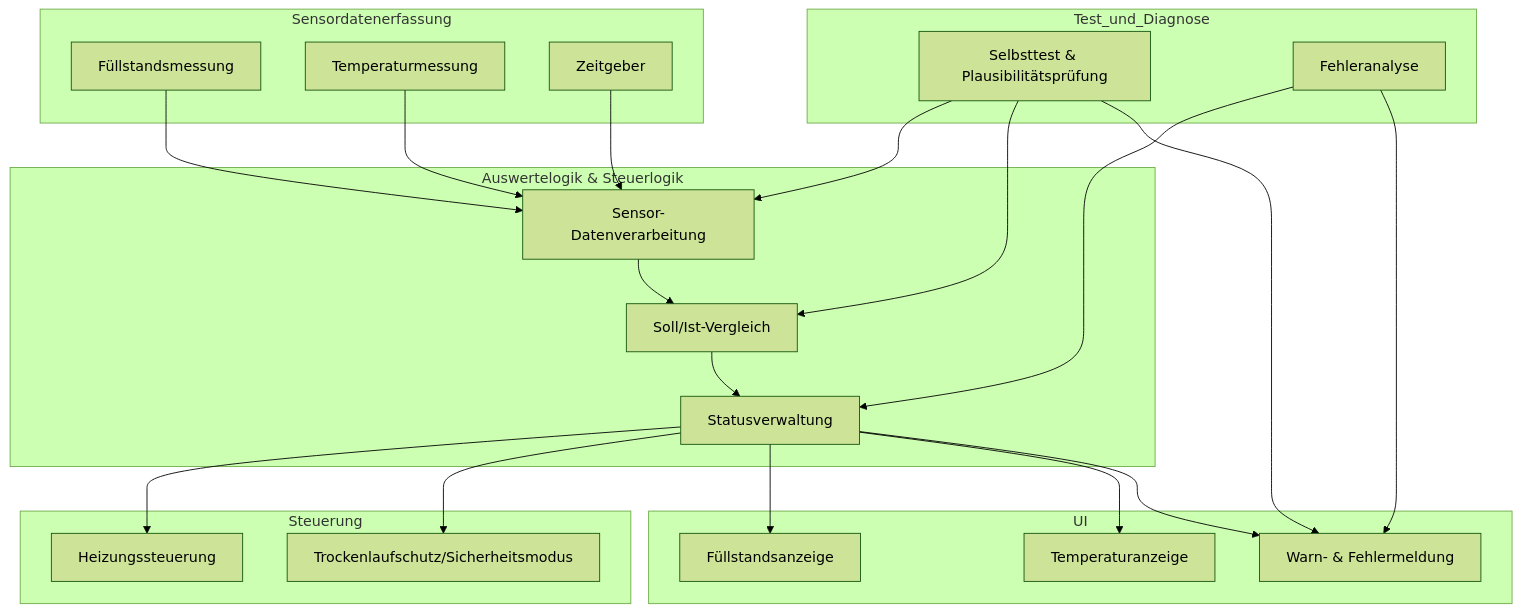
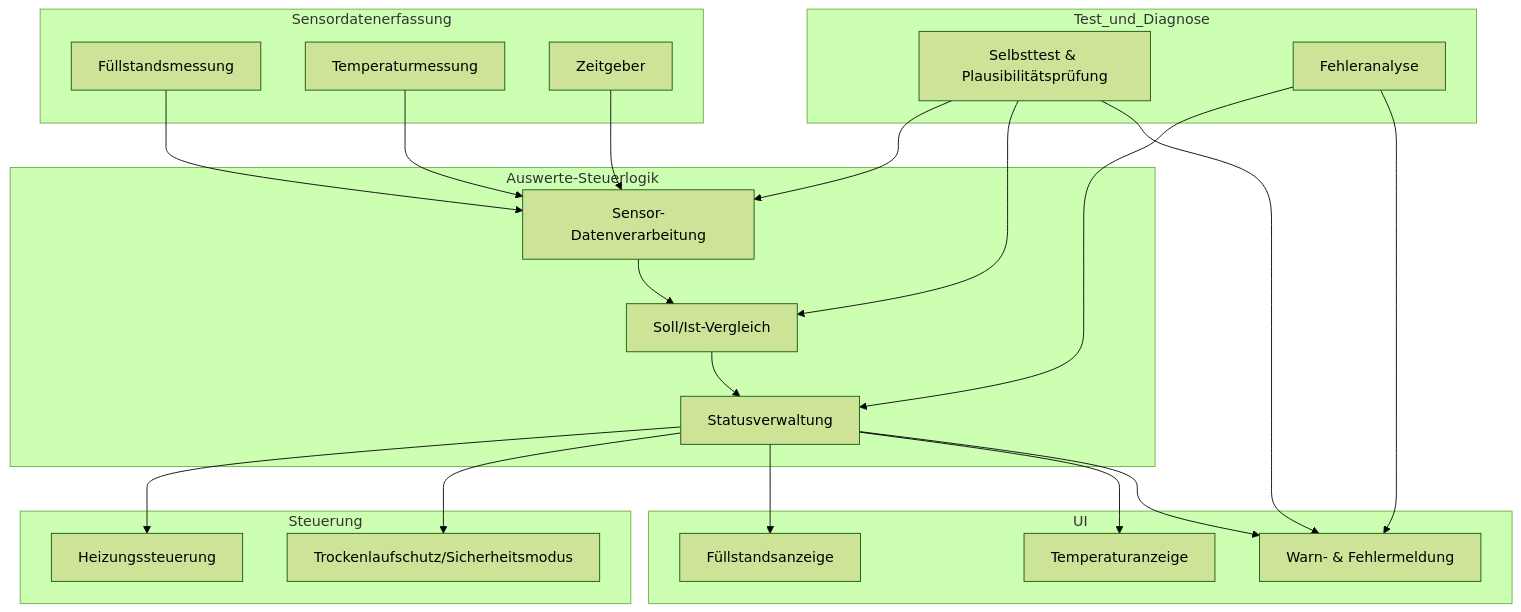
The diagram in docs/Sprint1/Design1.md (binderflou/Eierkocher-Trockenlaufschutz), drawn with Mermaid (forest theme) before and after one commit.

`````diff
--- a/docs/Sprint1/Design1.md
+++ b/docs/Sprint1/Design1.md
@@ -5,52 +5,52 @@
 ```mermaid
 graph TD
     %% Schicht 1: Sensordatenerfassung
     subgraph Sensordatenerfassung
         FILL[Füllstandsmessung]
         TEMP[Temperaturmessung]
         TIME[Zeitgeber]
     end
 
     %% Schicht 2: Datenverarbeitung & Zustandsüberwachung
-    subgraph Auswertelogik & Steuerlogik
+    subgraph Auswerte-Steuerlogik
         DAT[Sensor-Datenverarbeitung]
         SIV[Soll/Ist-Vergleich]
         STATUS[Statusverwaltung]
     end
 
     %% Schicht 3: Steuerlogik & Sicherheit
     subgraph Steuerung
         HEAT[Heizungssteuerung]
         SAFETY[Trockenlaufschutz/Sicherheitsmodus]
     end
 
     %% Schicht 4: Benutzerinterface
     subgraph UI
         DISPLAY_FILL[Füllstandsanzeige]
         DISPLAY_TEMP[Temperaturanzeige]
         WARN[Warn- & Fehlermeldung]
     end
 
     %% Schicht 5: Test & Diagnose
     subgraph Test_und_Diagnose
         SELFTEST[Selbsttest & Plausibilitätsprüfung]
         ERROR[Fehleranalyse]
     end
 
     %% Datenflüsse zwischen den Komponenten
     FILL --> DAT
     TEMP --> DAT
     TIME --> DAT
     DAT --> SIV
     SIV --> STATUS
     STATUS --> HEAT
     STATUS --> SAFETY
     STATUS --> DISPLAY_FILL
     STATUS --> DISPLAY_TEMP
     STATUS --> WARN
     SELFTEST --> DAT
     SELFTEST --> SIV
     SELFTEST --> WARN
     ERROR --> STATUS
     ERROR --> WARN
 ````
`````
